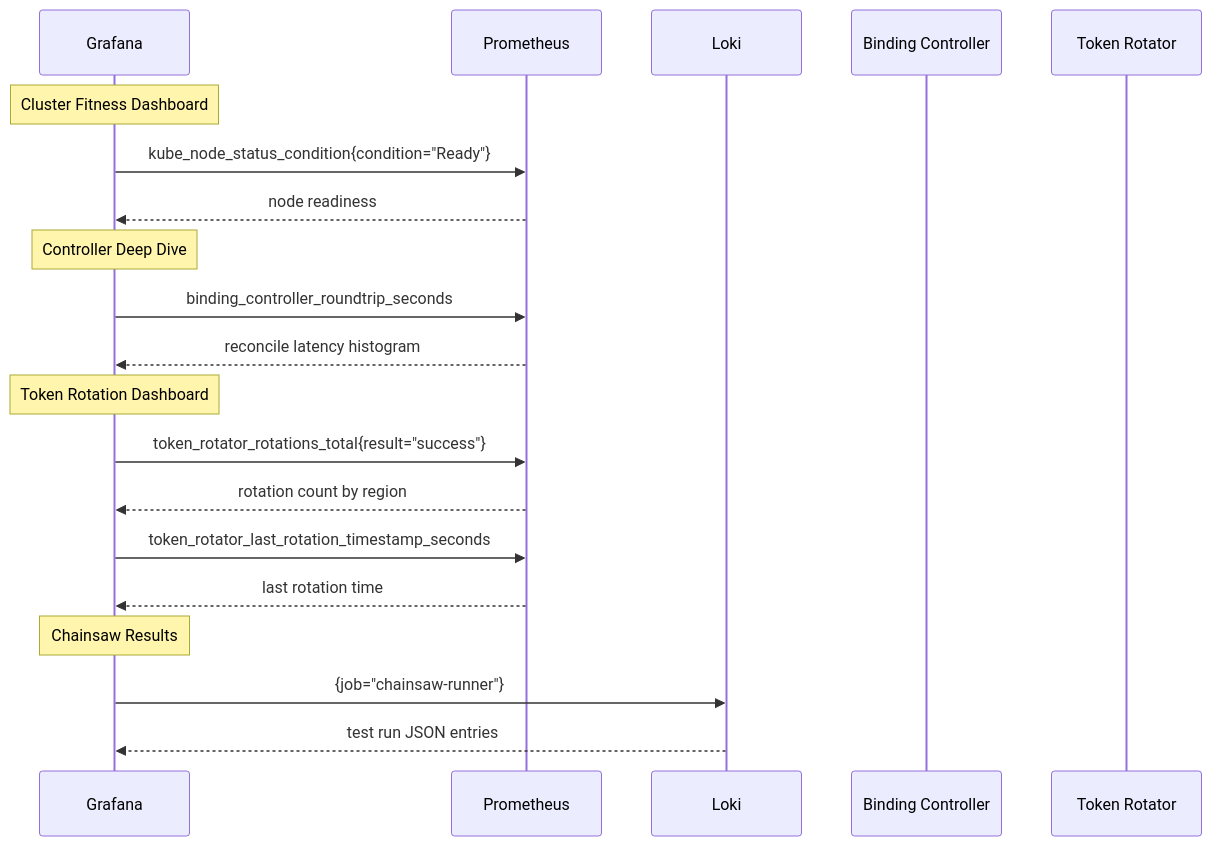
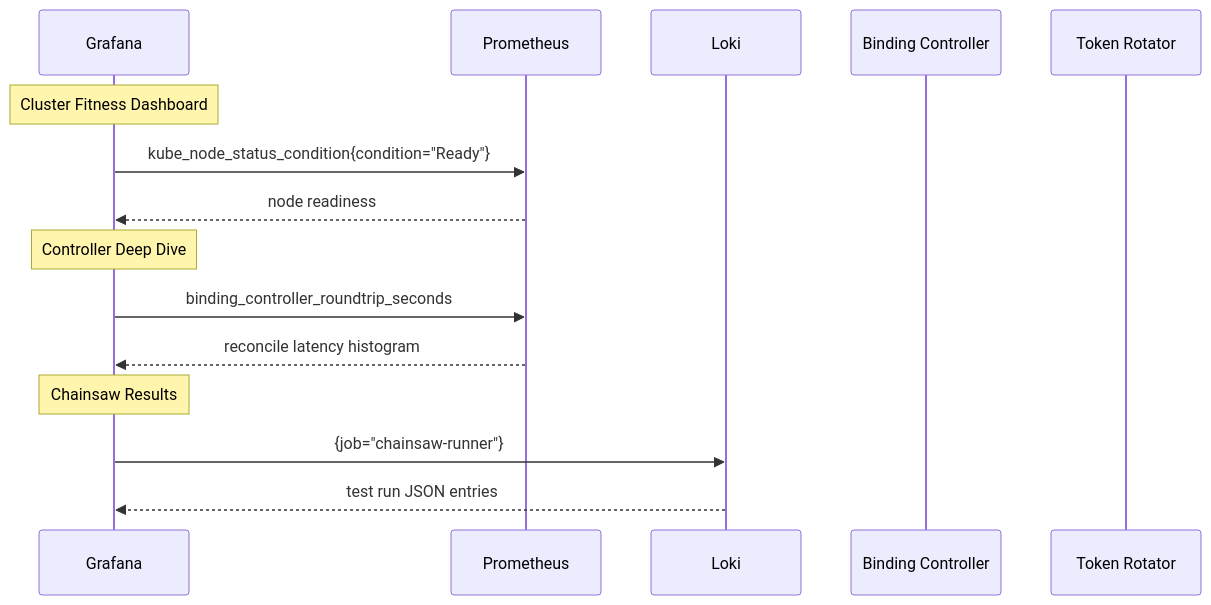
Before and after one commit to sojoner/kro-lab: the fourth of 4 diagrams in docs/platform-mvp/08-observability.md, drawn with Mermaid. The commit also changed other lines of this file and 126 other files, not shown here.

````diff
--- a/docs/platform-mvp/08-observability.md
+++ b/docs/platform-mvp/08-observability.md
@@ -182,26 +178,20 @@
 ```mermaid
 sequenceDiagram
     participant GRAF as Grafana
     participant PROM as Prometheus
     participant LOKI as Loki
     participant BC as Binding Controller
     participant TR as Token Rotator
 
     Note over GRAF: Cluster Fitness Dashboard
     GRAF->>PROM: kube_node_status_condition{condition="Ready"}
     PROM-->>GRAF: node readiness
 
     Note over GRAF: Controller Deep Dive
     GRAF->>PROM: binding_controller_roundtrip_seconds
     PROM-->>GRAF: reconcile latency histogram
 
-    Note over GRAF: Token Rotation Dashboard
-    GRAF->>PROM: token_rotator_rotations_total{result="success"}
-    PROM-->>GRAF: rotation count by region
-    GRAF->>PROM: token_rotator_last_rotation_timestamp_seconds
-    PROM-->>GRAF: last rotation time
-
     Note over GRAF: Chainsaw Results
     GRAF->>LOKI: {job="chainsaw-runner"}
     LOKI-->>GRAF: test run JSON entries
 ```
````
